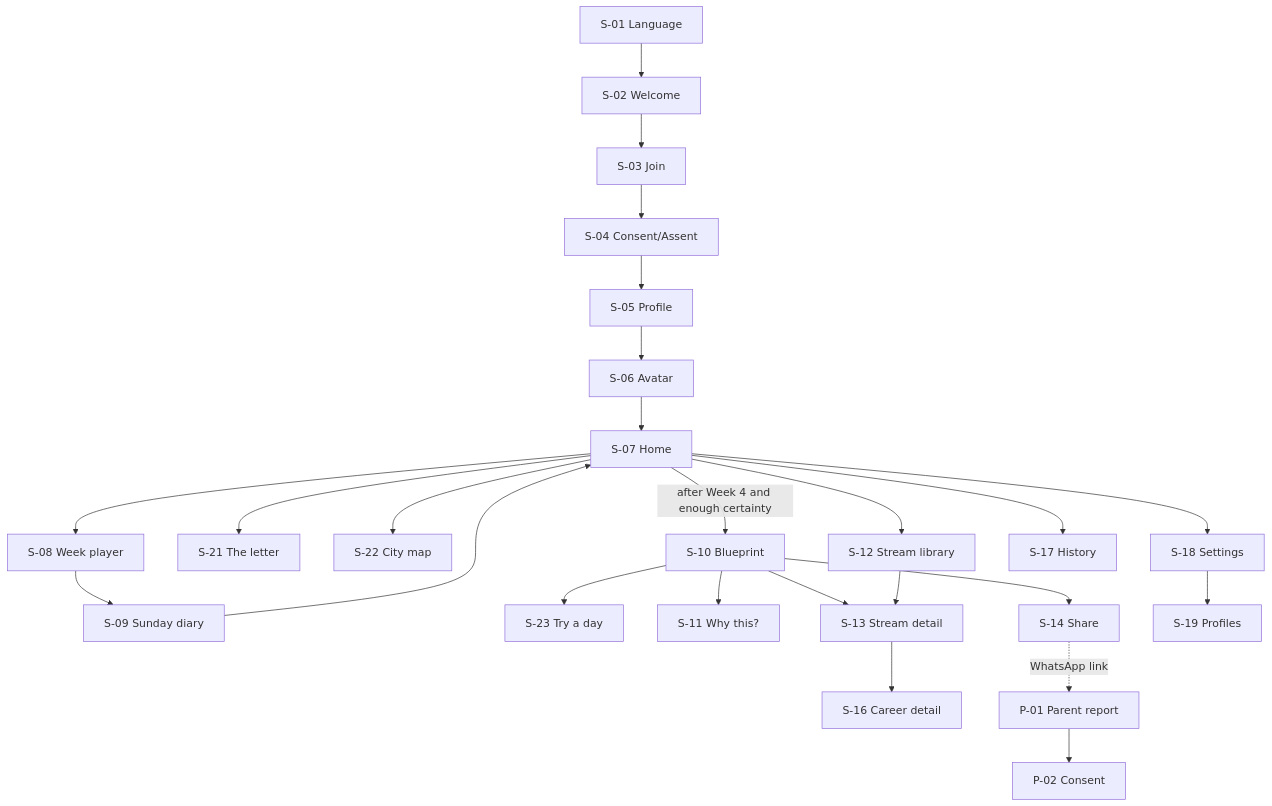
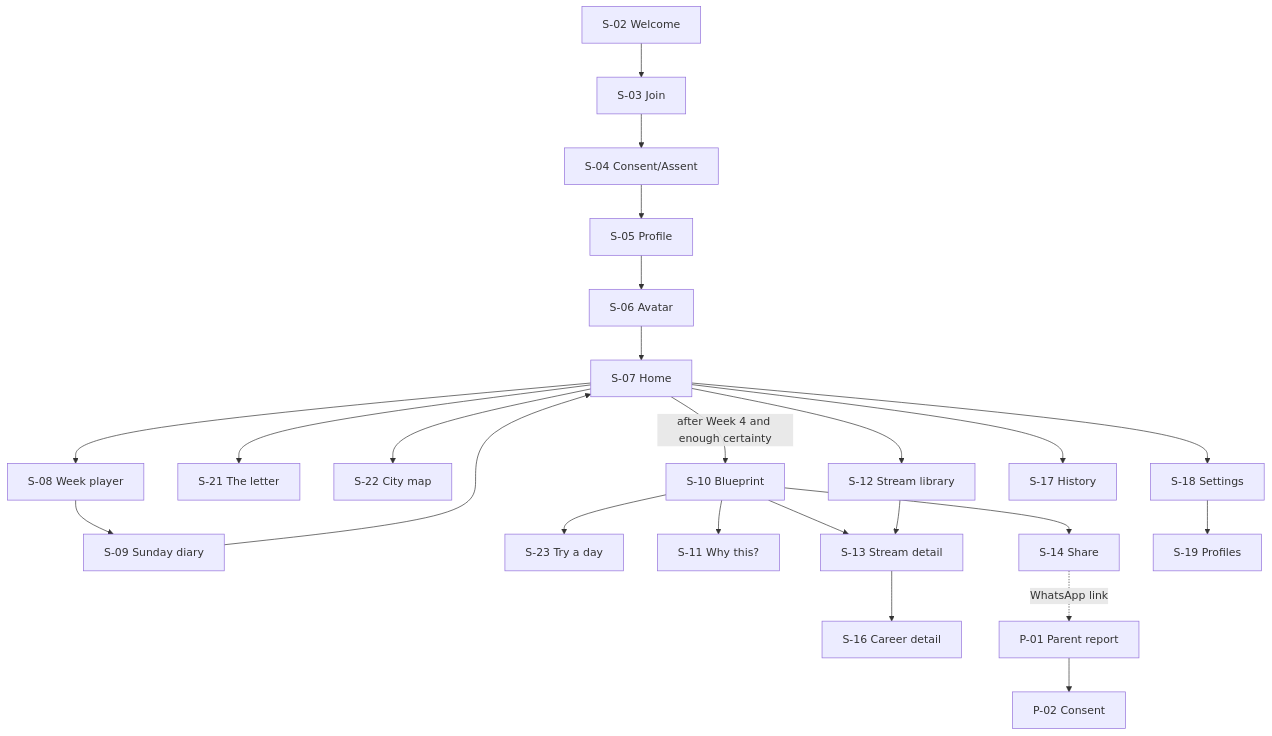
One commit to HamzaButt22/FYP-RAHYAB changed the first of 3 diagrams in docs/project/SRS.md. Above: the diagram before and after it, drawn with Mermaid. The commit also changed other lines of this file and 471 other files, not shown here.

````diff
--- a/docs/project/SRS.md
+++ b/docs/project/SRS.md
@@ -681,15 +688,15 @@
 ```mermaid
 flowchart TD
-  L[S-01 Language] --> W[S-02 Welcome] --> J[S-03 Join] --> C[S-04 Consent/Assent] --> PR[S-05 Profile] --> AV[S-06 Avatar] --> H[S-07 Home]
+  W[S-02 Welcome] --> J[S-03 Join] --> C[S-04 Consent/Assent] --> PR[S-05 Profile] --> AV[S-06 Avatar] --> H[S-07 Home]
   H --> WK[S-08 Week player] --> DI[S-09 Sunday diary] --> H
   H --> LT[S-21 The letter]
   H --> MAP[S-22 City map]
   H -->|after Week 4 and enough certainty| R[S-10 Blueprint]
   R --> TD[S-23 Try a day]
   R --> WHY[S-11 Why this?]
   R --> SD[S-13 Stream detail] --> CD[S-16 Career detail]
   R --> SH[S-14 Share] -.WhatsApp link.-> P1[P-01 Parent report] --> P2[P-02 Consent]
   H --> LIB[S-12 Stream library] --> SD
   H --> ST[S-18 Settings] --> PS[S-19 Profiles]
   H --> HI[S-17 History]
 ```
````
